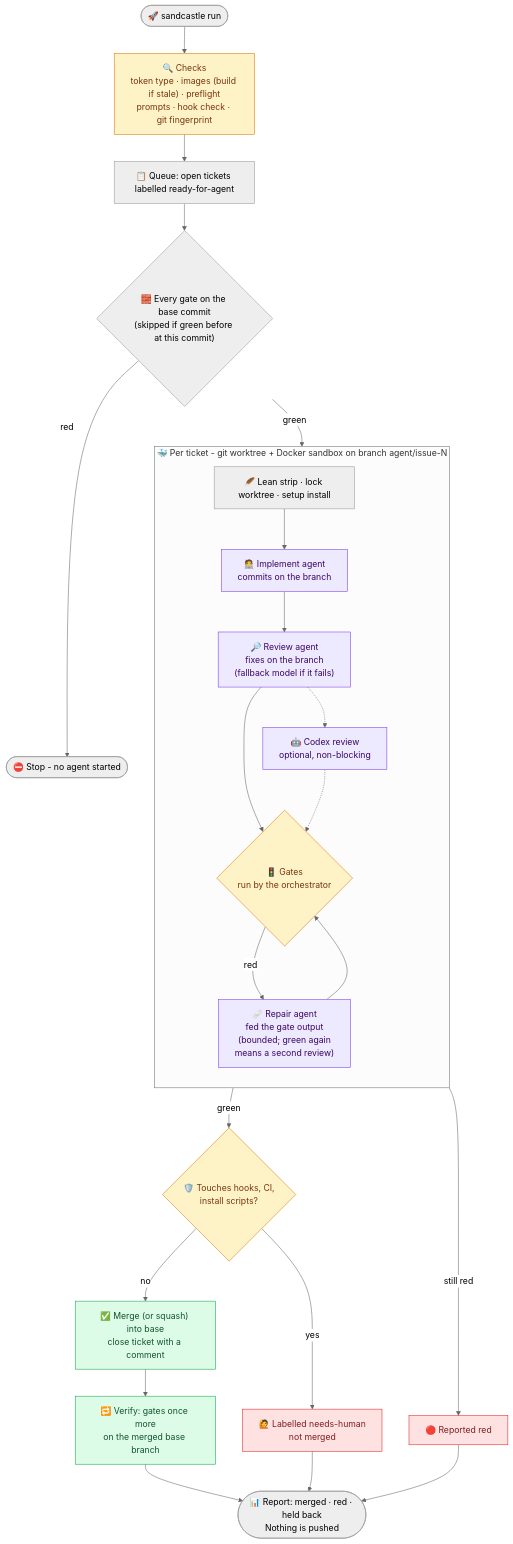
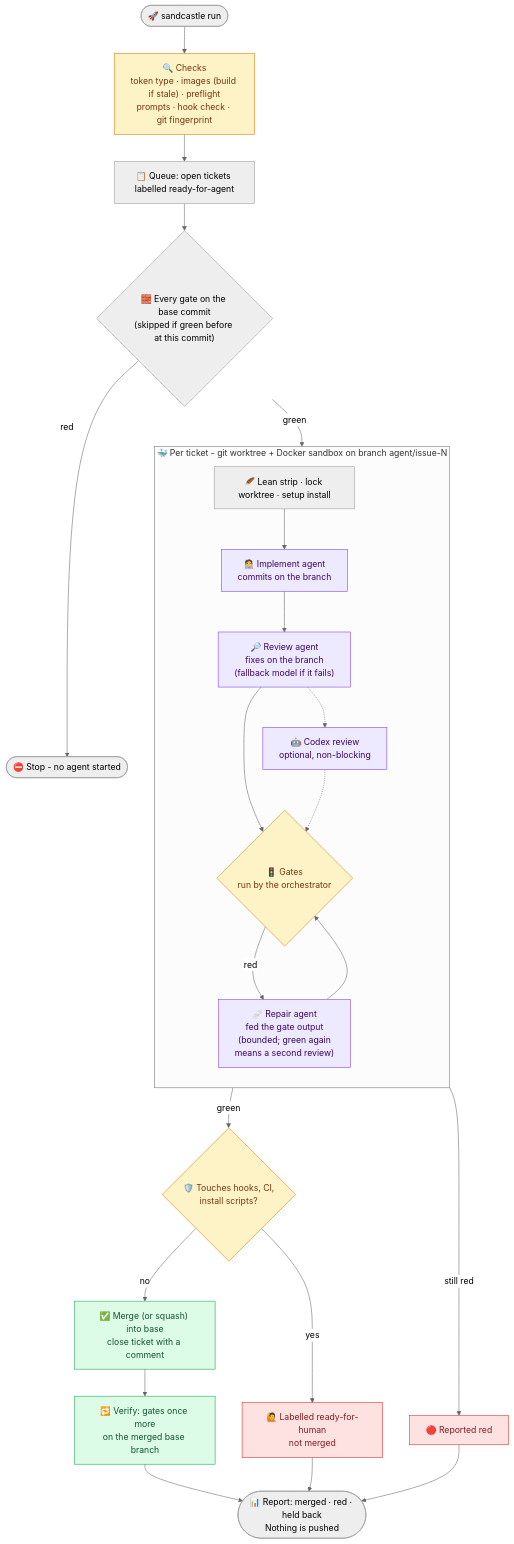
One commit to henkisdabro/sandcastle-kit changed the second of 3 diagrams in README.md. Above: the diagram before and after it, drawn with Mermaid (neutral theme). The commit also changed other lines of this file and 39 other files, not shown here.

````diff
--- a/README.md
+++ b/README.md
@@ -214,37 +214,37 @@
 ```mermaid
 flowchart TD
     S(["🚀 sandcastle run"]) --> P["🔍 Checks<br/>token type · images (build if stale) · preflight<br/>prompts · hook check · git fingerprint"]
     P --> Q["📋 Queue: open tickets labelled ready-for-agent"]
     Q --> B{"🧱 Every gate on the base commit<br/>(skipped if green before at this commit)"}
     B -- "red" --> STOP(["⛔ Stop - no agent started"])
     B -- "green" --> W
 
     subgraph W ["🐳 Per ticket - git worktree + Docker sandbox on branch agent/issue-N"]
         direction TB
         L["🪶 Lean strip · lock worktree · setup install"] --> I["🧑‍💻 Implement agent<br/>commits on the branch"]
         I --> R["🔎 Review agent<br/>fixes on the branch<br/>(fallback model if it fails)"]
         R -.-> X["🤖 Codex review<br/>optional, non-blocking"]
         R --> G{"🚦 Gates<br/>run by the orchestrator"}
         X -.-> G
         G -- "red" --> FX["🩹 Repair agent<br/>fed the gate output<br/>(bounded; green again<br/>means a second review)"]
         FX --> G
     end
 
     G -- "green" --> PP{"🛡️ Touches hooks, CI,<br/>install scripts?"}
     G -- "still red" --> RED["🔴 Reported red"]
     PP -- "no" --> M["✅ Merge (or squash) into base<br/>close ticket with a comment"]
-    PP -- "yes" --> NH["🙋 Labelled needs-human<br/>not merged"]
+    PP -- "yes" --> NH["🙋 Labelled ready-for-human<br/>not merged"]
     M --> V["🔁 Verify: gates once more<br/>on the merged base branch"]
     V --> REP(["📊 Report: merged · red · held back<br/>Nothing is pushed"])
     RED --> REP
     NH --> REP
 
     classDef ok fill:#dcfce7,stroke:#16a34a,color:#14532d
     classDef bad fill:#fee2e2,stroke:#dc2626,color:#7f1d1d
     classDef agent fill:#ede9fe,stroke:#7c3aed,color:#3b0764
     classDef gate fill:#fef3c7,stroke:#d97706,color:#78350f
     class M,V ok
     class RED,NH bad
     class I,R,X,FX agent
     class G,PP,P gate
 ```
````
